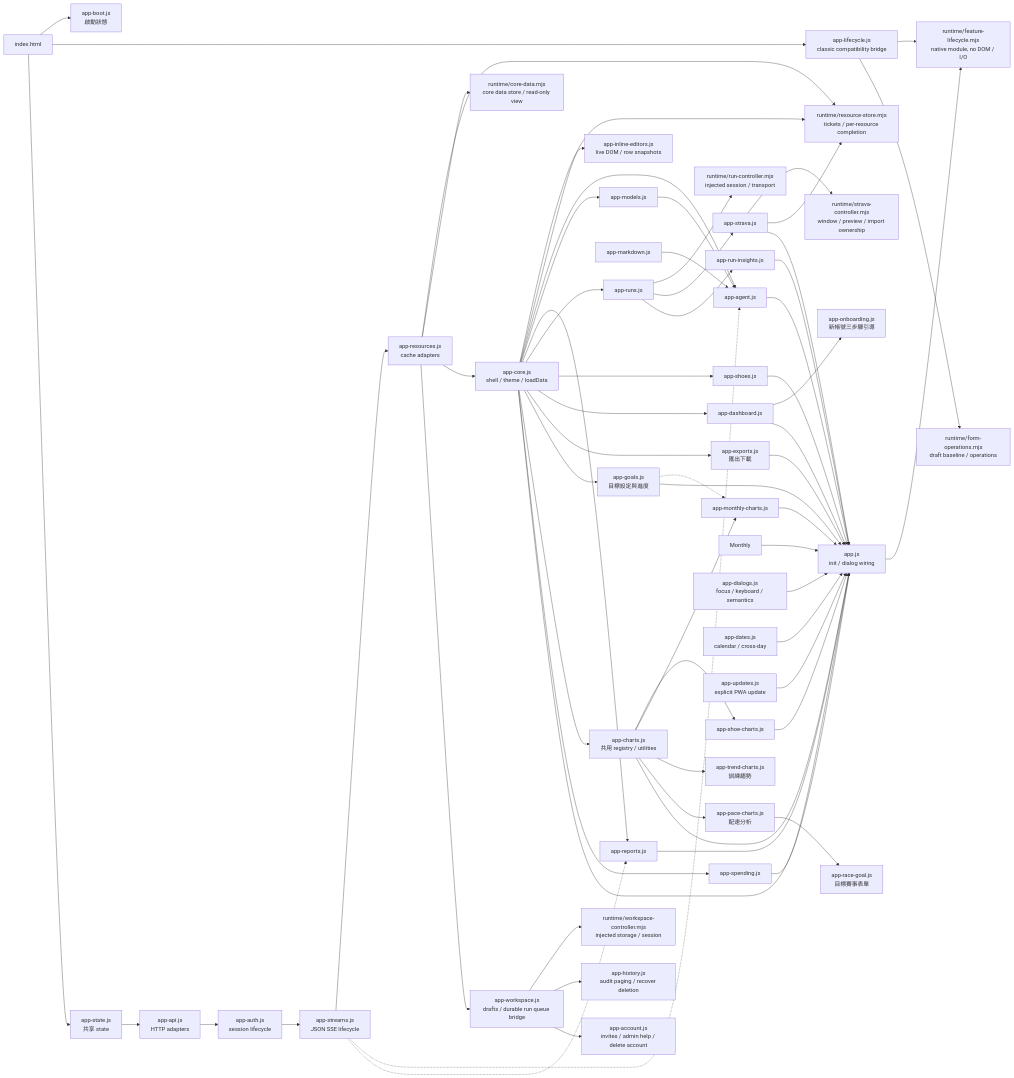
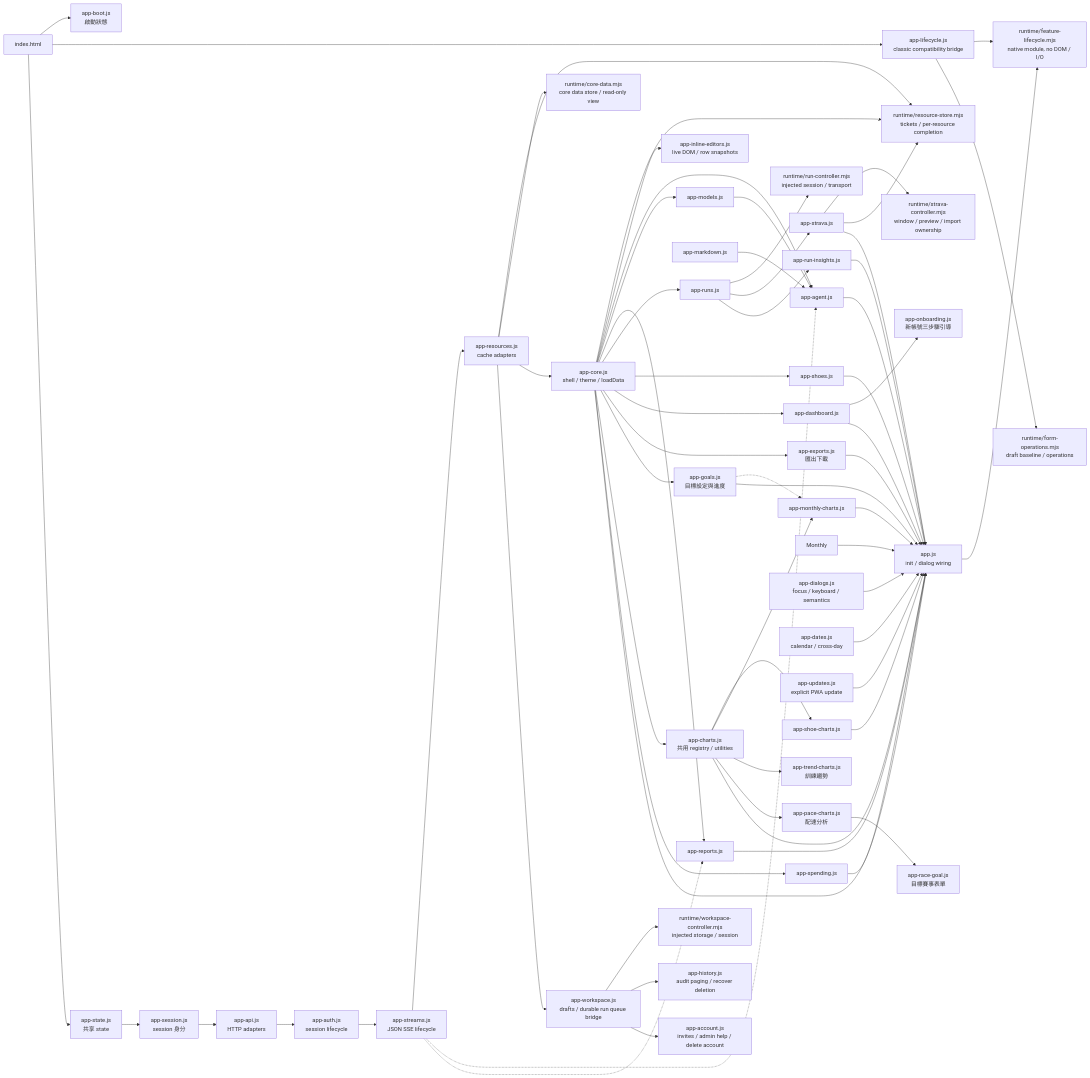
One commit to Teng91/running-shoes changed the sixth of 15 diagrams in docs/architecture.md. Above: the diagram before and after it, drawn with Mermaid. The commit also changed other lines of this file and 25 other files, not shown here.

````diff
--- a/docs/architecture.md
+++ b/docs/architecture.md
@@ -207,65 +207,66 @@
 ```mermaid
 flowchart LR
     HTML[index.html] --> Boot[app-boot.js<br/>啟動狀態]
     HTML --> Lifecycle[app-lifecycle.js<br/>classic compatibility bridge]
     Bootstrap --> Native[runtime/feature-lifecycle.mjs<br/>native module, no DOM / I/O]
     Lifecycle --> Native
     HTML --> State[app-state.js<br/>共享 state]
-    State --> API[app-api.js<br/>HTTP adapters]
+    State --> Session[app-session.js<br/>session 身分]
+    Session --> API[app-api.js<br/>HTTP adapters]
     API --> AuthUI[app-auth.js<br/>session lifecycle]
     AuthUI --> Streams[app-streams.js<br/>JSON SSE lifecycle]
     Streams --> Resources[app-resources.js<br/>cache adapters]
     Resources --> Store[runtime/resource-store.mjs<br/>tickets / per-resource completion]
     Resources --> CoreData[runtime/core-data.mjs<br/>core data store / read-only view]
     Resources --> Core[app-core.js<br/>shell / theme / loadData]
     Resources --> Workspace[app-workspace.js<br/>drafts / durable run queue bridge]
     Workspace --> WorkspaceNative[runtime/workspace-controller.mjs<br/>injected storage / session]
     Workspace --> History[app-history.js<br/>audit paging / recover deletion]
     Workspace --> Account[app-account.js<br/>invites / admin help / delete account]
     Core --> Store
     Core --> Inline[app-inline-editors.js<br/>live DOM / row snapshots]
     Lifecycle --> Forms[runtime/form-operations.mjs<br/>draft baseline / operations]
     Streams -.-> AgentUI
     Streams -.-> ReportsUI
     Core --> AgentUI[app-agent.js]
     Core --> ModelsUI[app-models.js]
     ModelsUI --> AgentUI
     MarkdownUI[app-markdown.js] --> AgentUI
     Core --> ReportsUI[app-reports.js]
     Core --> RunCRUD[app-runs.js]
     RunCRUD --> RunNative[runtime/run-controller.mjs<br/>injected session / transport]
     RunCRUD --> StravaUI[app-strava.js]
     StravaUI --> StravaNative[runtime/strava-controller.mjs<br/>window / preview / import ownership]
     StravaUI --> Store
     RunCRUD --> RunInsights[app-run-insights.js]
     Core --> ShoesUI[app-shoes.js]
     Core --> Dashboard[app-dashboard.js]
     Dashboard --> Onboarding[app-onboarding.js<br/>新帳號三步驟引導]
     Core --> ExportsUI[app-exports.js<br/>匯出下載]
     Core --> GoalsUI[app-goals.js<br/>目標設定與進度]
     Core --> Charts[app-charts.js<br/>共用 registry / utilities]
     Charts --> ShoeCharts[app-shoe-charts.js]
     Charts --> MileageCharts[app-monthly-charts.js]
     Charts --> TrendCharts[app-trend-charts.js<br/>訓練趨勢]
     Charts --> PaceCharts[app-pace-charts.js<br/>配速分析]
     PaceCharts --> RaceGoal[app-race-goal.js<br/>目標賽事表單]
     GoalsUI -.-> MileageCharts
     Core --> Spending[app-spending.js]
     Core --> Bootstrap[app.js<br/>init / dialog wiring]
     AgentUI --> Bootstrap
     ReportsUI --> Bootstrap
     StravaUI --> Bootstrap
     RunInsights --> Bootstrap
     ShoesUI --> Bootstrap
     Dashboard --> Bootstrap
     Monthly --> Bootstrap
     ExportsUI --> Bootstrap
     GoalsUI --> Bootstrap
     Charts --> Bootstrap
     ShoeCharts --> Bootstrap
     MileageCharts --> Bootstrap
     Spending --> Bootstrap
     Dialogs[app-dialogs.js<br/>focus / keyboard / semantics] --> Bootstrap
     Dates[app-dates.js<br/>calendar / cross-day] --> Bootstrap
     Updates[app-updates.js<br/>explicit PWA update] --> Bootstrap
 ```
````
